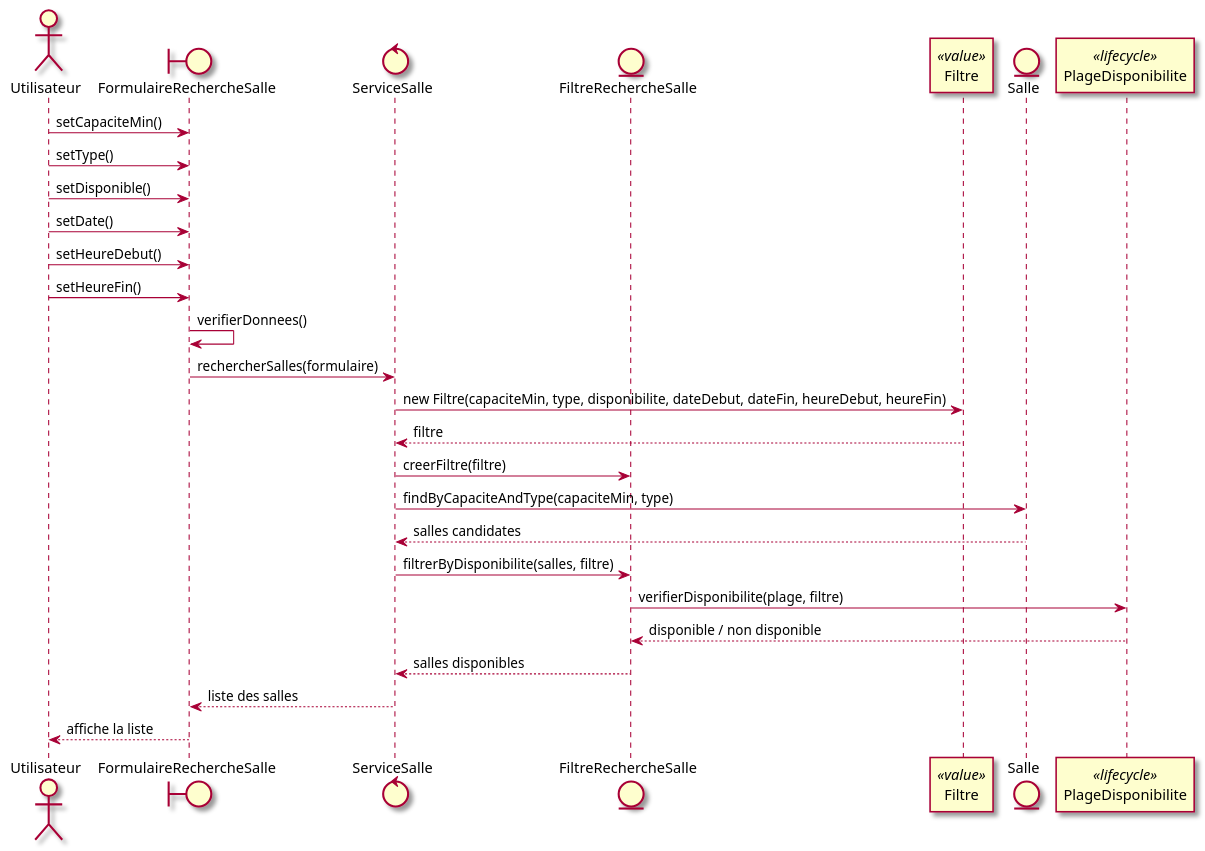
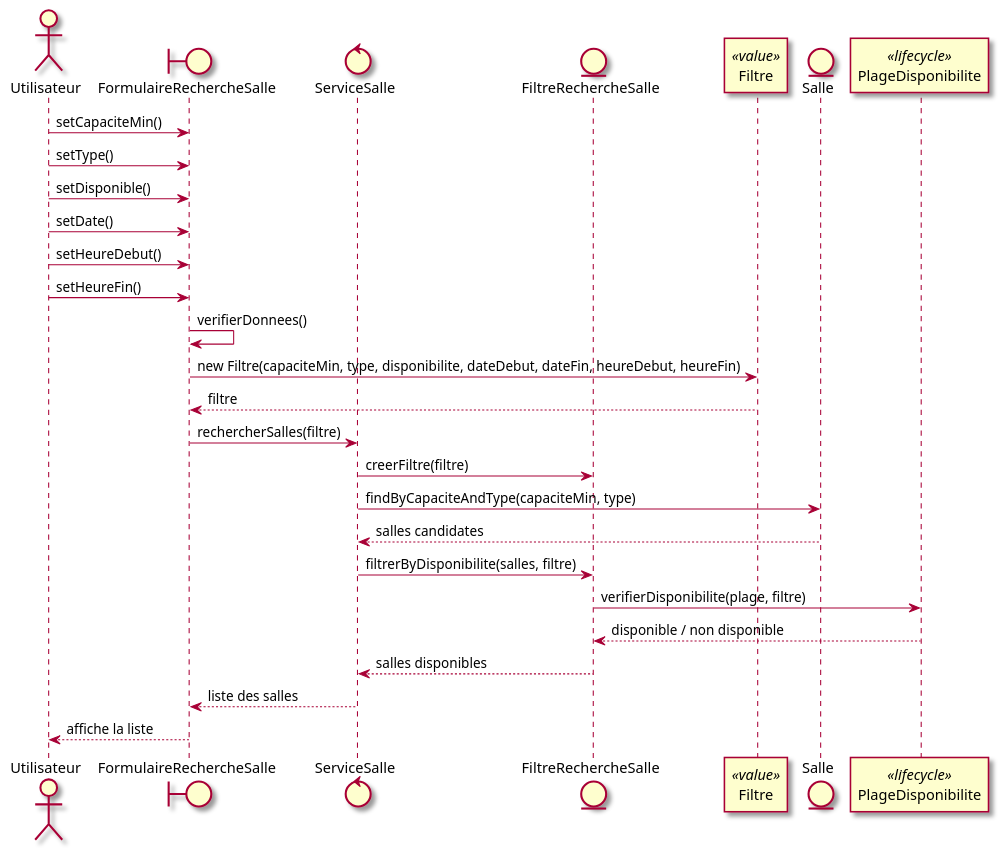
Before and after one commit to mrajaonson/glg204-room-management-system: diagram 42 of 60 in docs/02-Analyse.md, drawn with PlantUML. The commit also changed other lines of this file and 4 other files, not shown here.

````diff
--- a/docs/02-Analyse.md
+++ b/docs/02-Analyse.md
@@ -1502,33 +1502,33 @@
 ```plantuml
 @startuml
 skin rose
 
 actor Utilisateur as u
 boundary FormulaireRechercheSalle as ui
 control ServiceSalle as svc
 entity FiltreRechercheSalle as filtre
 participant Filtre as f <<value>>
 entity Salle as salle
 participant PlageDisponibilite as pd <<lifecycle>>
 
 u -> ui : setCapaciteMin()
 u -> ui : setType()
 u -> ui : setDisponible()
 u -> ui : setDate()
 u -> ui : setHeureDebut()
 u -> ui : setHeureFin()
 ui -> ui : verifierDonnees()
-ui -> svc : rechercherSalles(formulaire)
-svc -> f : new Filtre(capaciteMin, type, disponibilite, dateDebut, dateFin, heureDebut, heureFin)
-f --> svc : filtre
+ui -> f : new Filtre(capaciteMin, type, disponibilite, dateDebut, dateFin, heureDebut, heureFin)
+f --> ui : filtre
+ui -> svc : rechercherSalles(filtre)
 svc -> filtre : creerFiltre(filtre)
 svc -> salle : findByCapaciteAndType(capaciteMin, type)
 salle --> svc : salles candidates
 svc -> filtre : filtrerByDisponibilite(salles, filtre)
 filtre -> pd : verifierDisponibilite(plage, filtre)
 pd --> filtre : disponible / non disponible
 filtre --> svc : salles disponibles
 svc --> ui : liste des salles
 ui --> u : affiche la liste
 @enduml
 ```
````
